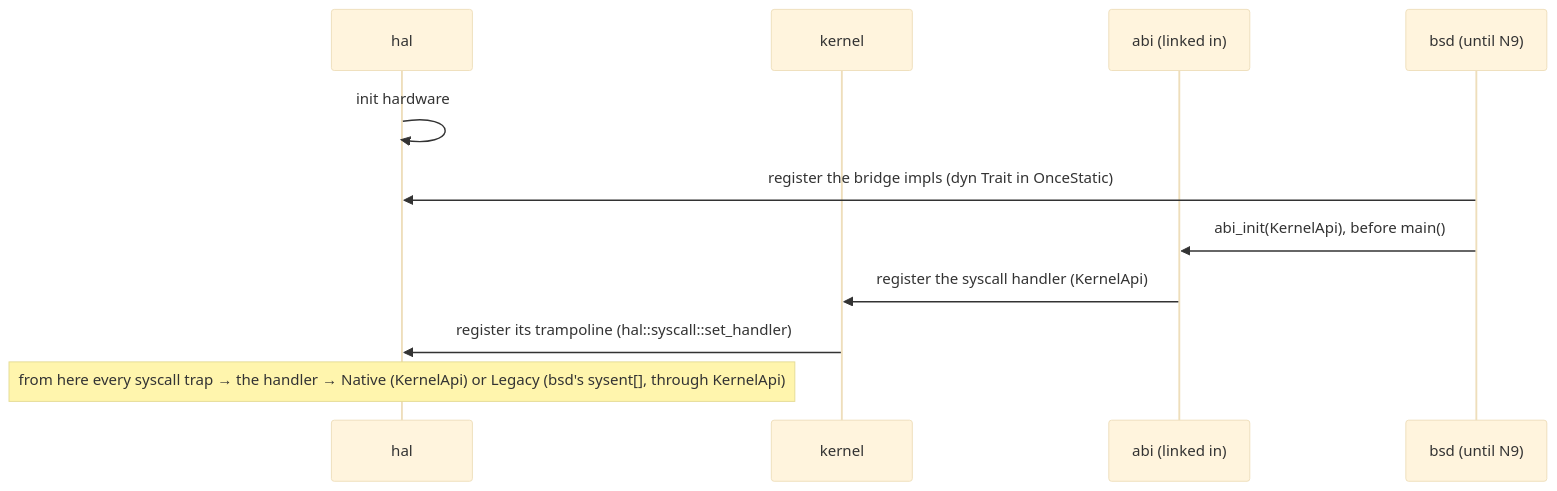
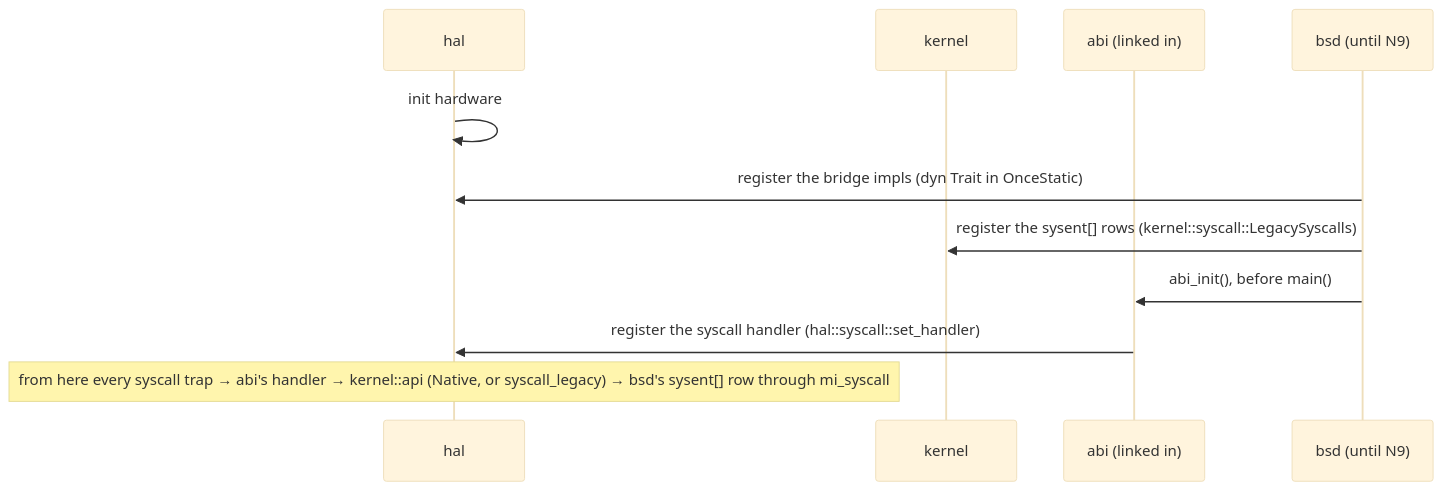
The second of 2 diagrams in docs/ZERO_UNSAFE.md (EmiBSD/Kernel), drawn with Mermaid (base theme) before and after one commit. The commit also changed other lines of this file and 57 other files, not shown here.

````diff
--- a/docs/ZERO_UNSAFE.md
+++ b/docs/ZERO_UNSAFE.md
@@ -42,13 +43,13 @@
 ```mermaid
 sequenceDiagram
     participant HAL as hal
     participant K as kernel
     participant A as abi (linked in)
     participant B as bsd (until N9)
     HAL->>HAL: init hardware
     B->>HAL: register the bridge impls (dyn Trait in OnceStatic)
-    B->>A: abi_init(KernelApi), before main()
-    A->>K: register the syscall handler (KernelApi)
-    K->>HAL: register its trampoline (hal::syscall::set_handler)
-    Note over HAL: from here every syscall trap → the handler → Native (KernelApi) or Legacy (bsd's sysent[], through KernelApi)
+    B->>K: register the sysent[] rows (kernel::syscall::LegacySyscalls)
+    B->>A: abi_init(), before main()
+    A->>HAL: register the syscall handler (hal::syscall::set_handler)
+    Note over HAL: from here every syscall trap → abi's handler → kernel::api (Native, or syscall_legacy) → bsd's sysent[] row through mi_syscall
 ```
````
